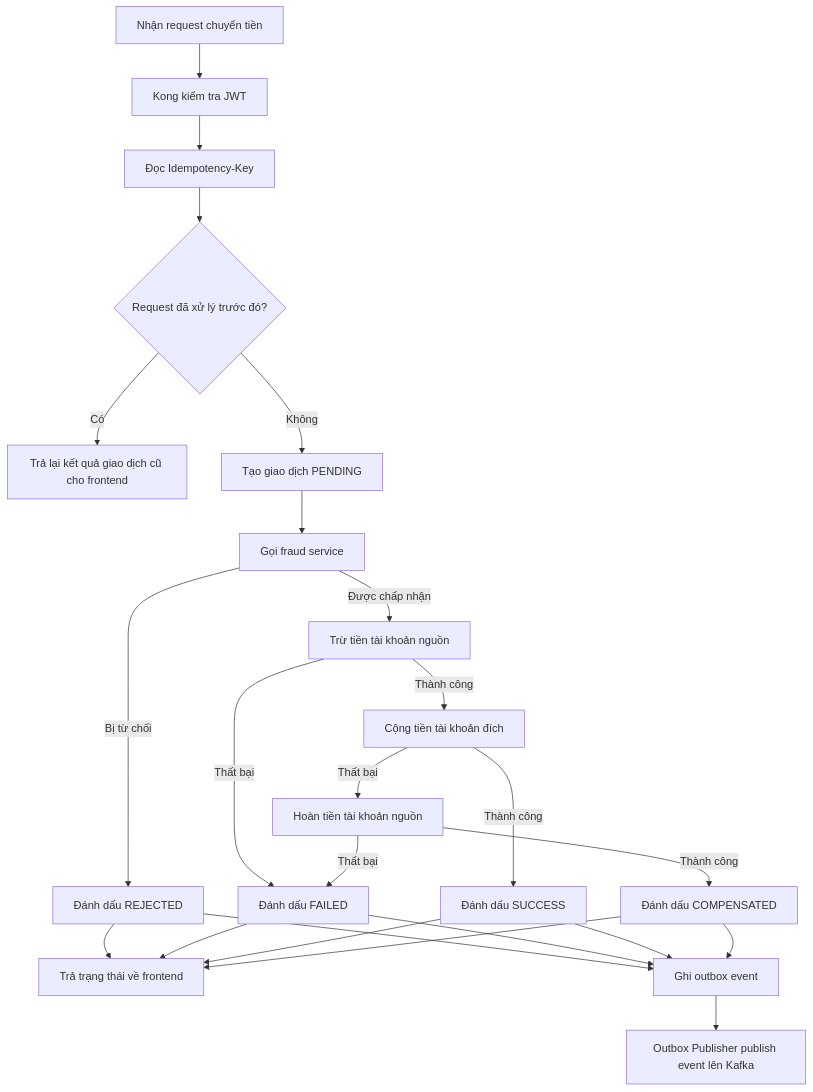
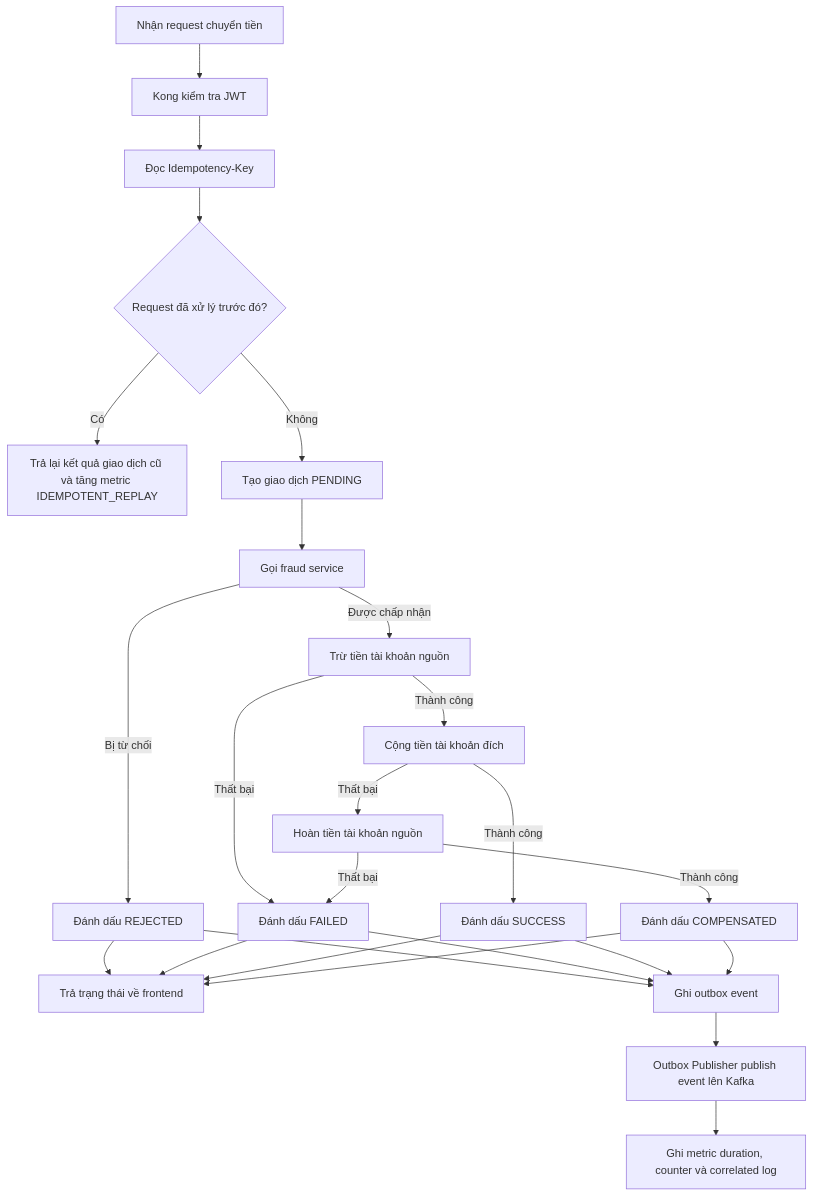
One commit to HungDung2012/mini-banking-transfer-system changed the fourth of 6 diagrams in docs/analysis-and-design-ddd.md. Above: the diagram before and after it, drawn with Mermaid. The commit also changed other lines of this file and 9 other files, not shown here.

````diff
--- a/docs/analysis-and-design-ddd.md
+++ b/docs/analysis-and-design-ddd.md
@@ -242,26 +289,27 @@
 ```mermaid
 flowchart TD
     A[Nhận request chuyển tiền] --> B[Kong kiểm tra JWT]
     B --> C[Đọc Idempotency-Key]
     C --> D{Request đã xử lý trước đó?}
-    D -->|Có| E[Trả lại kết quả giao dịch cũ cho frontend]
+    D -->|Có| E[Trả lại kết quả giao dịch cũ và tăng metric IDEMPOTENT_REPLAY]
     D -->|Không| F[Tạo giao dịch PENDING]
     F --> G[Gọi fraud service]
     G -->|Bị từ chối| H[Đánh dấu REJECTED]
     G -->|Được chấp nhận| I[Trừ tiền tài khoản nguồn]
     I -->|Thất bại| J[Đánh dấu FAILED]
     I -->|Thành công| K[Cộng tiền tài khoản đích]
     K -->|Thành công| L[Đánh dấu SUCCESS]
     K -->|Thất bại| M[Hoàn tiền tài khoản nguồn]
     M -->|Thành công| N[Đánh dấu COMPENSATED]
     M -->|Thất bại| J
     H --> O[Trả trạng thái về frontend]
     J --> O
     L --> O
     N --> O
     H --> P[Ghi outbox event]
     J --> P
     L --> P
     N --> P
     P --> Q[Outbox Publisher publish event lên Kafka]
+    Q --> R[Ghi metric duration, counter và correlated log]
 ```
````
